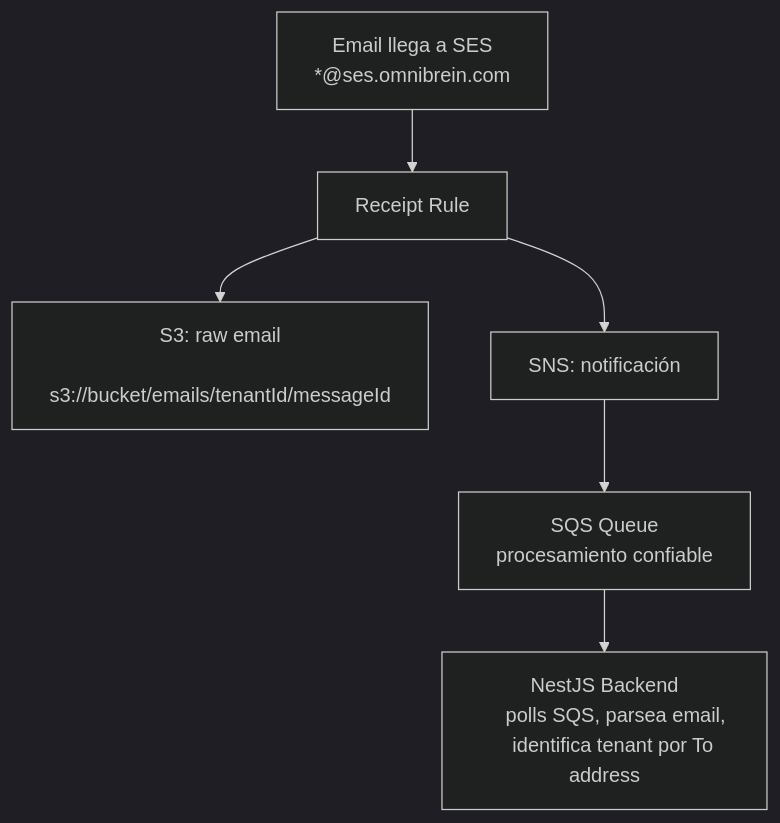
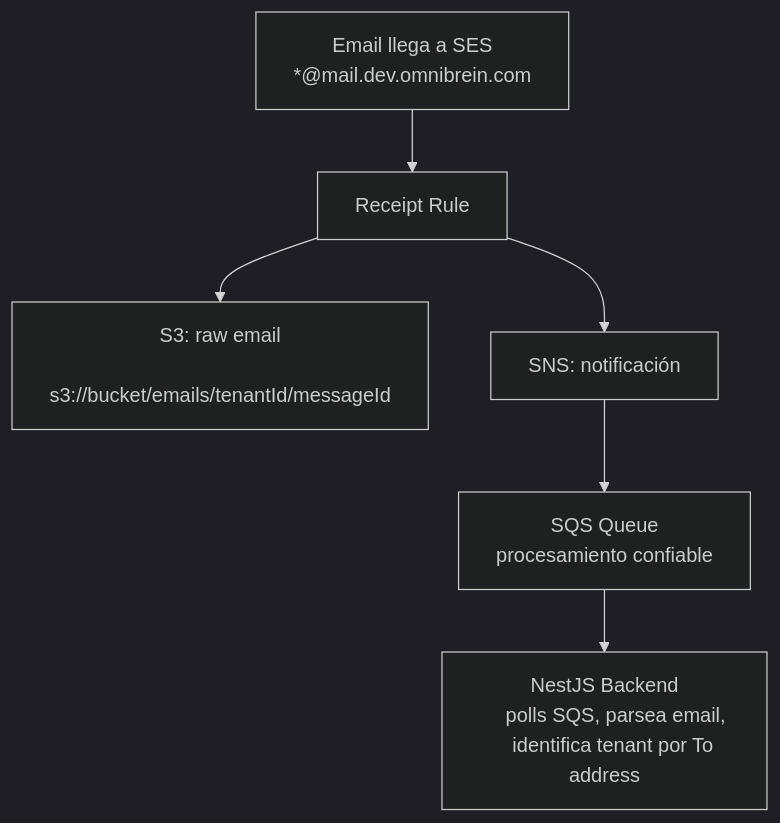
One commit to diego-serrano-kenility/omni-mail-channel-research changed the third of 6 diagrams in findings-amazon-ses.md. Above: the diagram before and after it, drawn with Mermaid (dark theme). The commit also changed other lines of this file and 2 other files, not shown here.

First line of the commit message:
Actualizar subdominio de mail a mail.dev.omnibrein.com y agregar diagrama de envío en A4

````diff
--- a/findings-amazon-ses.md
+++ b/findings-amazon-ses.md
@@ -489,13 +522,13 @@
 ```mermaid
 flowchart TD
     Email["Email llega a SES
-    *@ses.omnibrein.com"] --> RR["Receipt Rule"]
+    *@mail.dev.omnibrein.com"] --> RR["Receipt Rule"]
     RR --> S3["S3: raw email
     s3://bucket/emails/tenantId/messageId"]
     RR --> SNS["SNS: notificación"]
     SNS --> SQS["SQS Queue
     procesamiento confiable"]
     SQS --> NestJS["NestJS Backend
     polls SQS, parsea email,
     identifica tenant por To address"]
 ```
````
